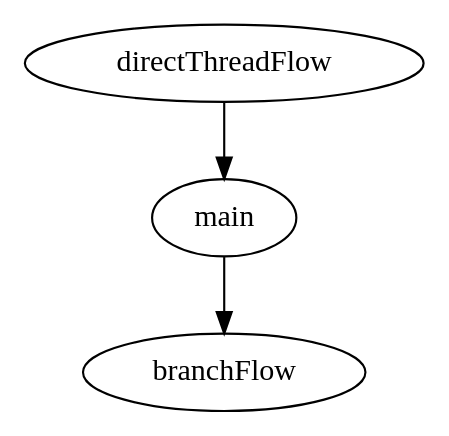
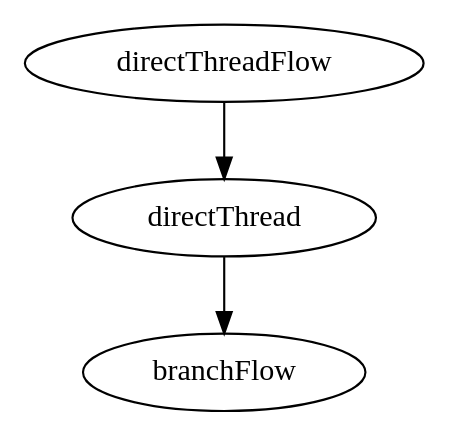
Before and after one commit to DeveloperPalmer/clarify-android: the diagram in feature/chat-direct-thread/routing/src/main/way/direct_thread_flow.dot, drawn with Graphviz. The commit also changed 54 other files, not shown here.

```diff
--- a/feature/chat-direct-thread/routing/src/main/way/direct_thread_flow.dot
+++ b/feature/chat-direct-thread/routing/src/main/way/direct_thread_flow.dot
@@ -1,17 +1,17 @@
 digraph DirectThreadFlow {
   package = "ru.sla.clarify.feature.chat.direct.thread.routing"
 
   directThreadFlow [
     type = "flow"
     parameterName = "params"
     parameterType = "ru.sla.clarify.feature.chat.direct.thread.domain.entity.TargetParams"
   ]
 
   branchFlow [
     type = "schema"
     parameterName = "params"
     parameterType = "ru.sla.clarify.feature.chat.branch.domain.entity.TargetParams"
   ]
 
-  directThreadFlow -> main -> branchFlow
+  directThreadFlow -> directThread -> branchFlow
 }
```
